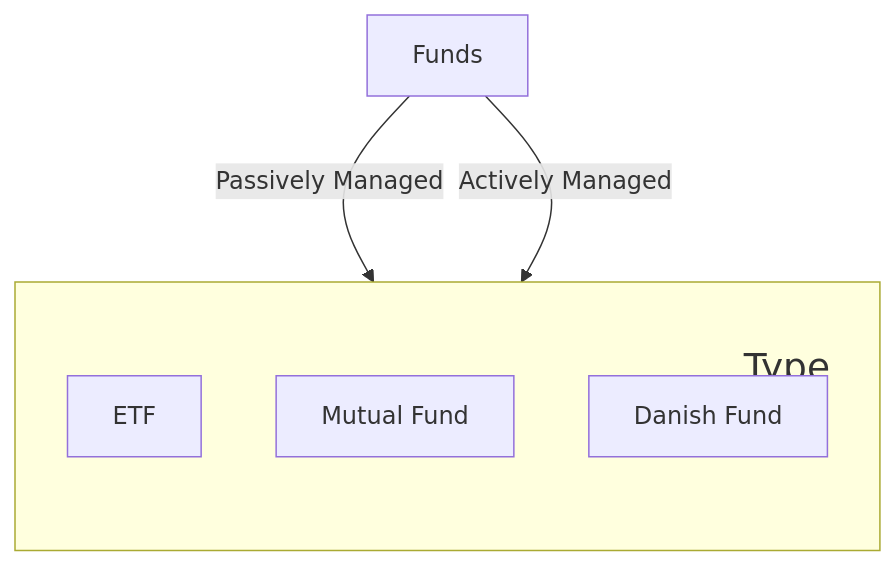
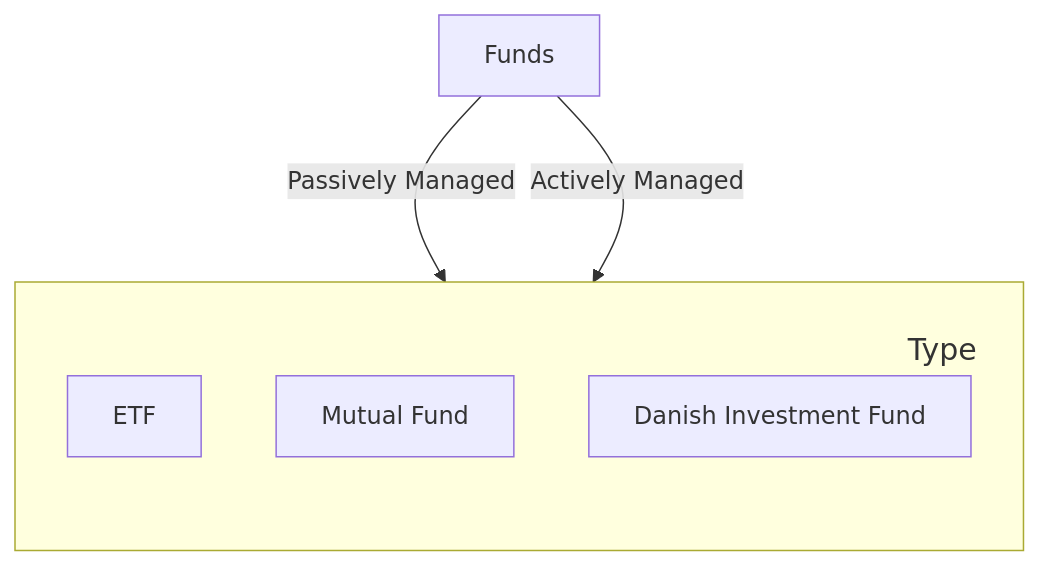
One commit to dk-invest-101/dk-invest-101.github.io changed the diagram in docs/2. What can you invest in.md. Above: the diagram before and after it, drawn with Mermaid. The commit also changed other lines of this file and 14 other files, not shown here.

````diff
--- a/docs/2. What can you invest in.md
+++ b/docs/2. What can you invest in.md
@@ -42,17 +64,17 @@
 ```mermaid
 %%{init:{'flowchart':{'rankSpacing': 100}}}%%
 flowchart TB
     A[Funds]
     A --> |Passively Managed|Z
     A --> |Actively Managed|Z
 
     subgraph Z["Type"]
         direction BT
         D[ETF]
         C[Mutual Fund]
-        E[Danish Fund]
+        E[Danish Investment Fund]
     end
     
-    classDef title font-size:25px, text-align:right, margin-right: 510px, margin-left: 20px;
+    classDef title font-size:20px, text-align:right, margin-right: 610px, margin-left: 20px;
     class Z title;
 ```
````
